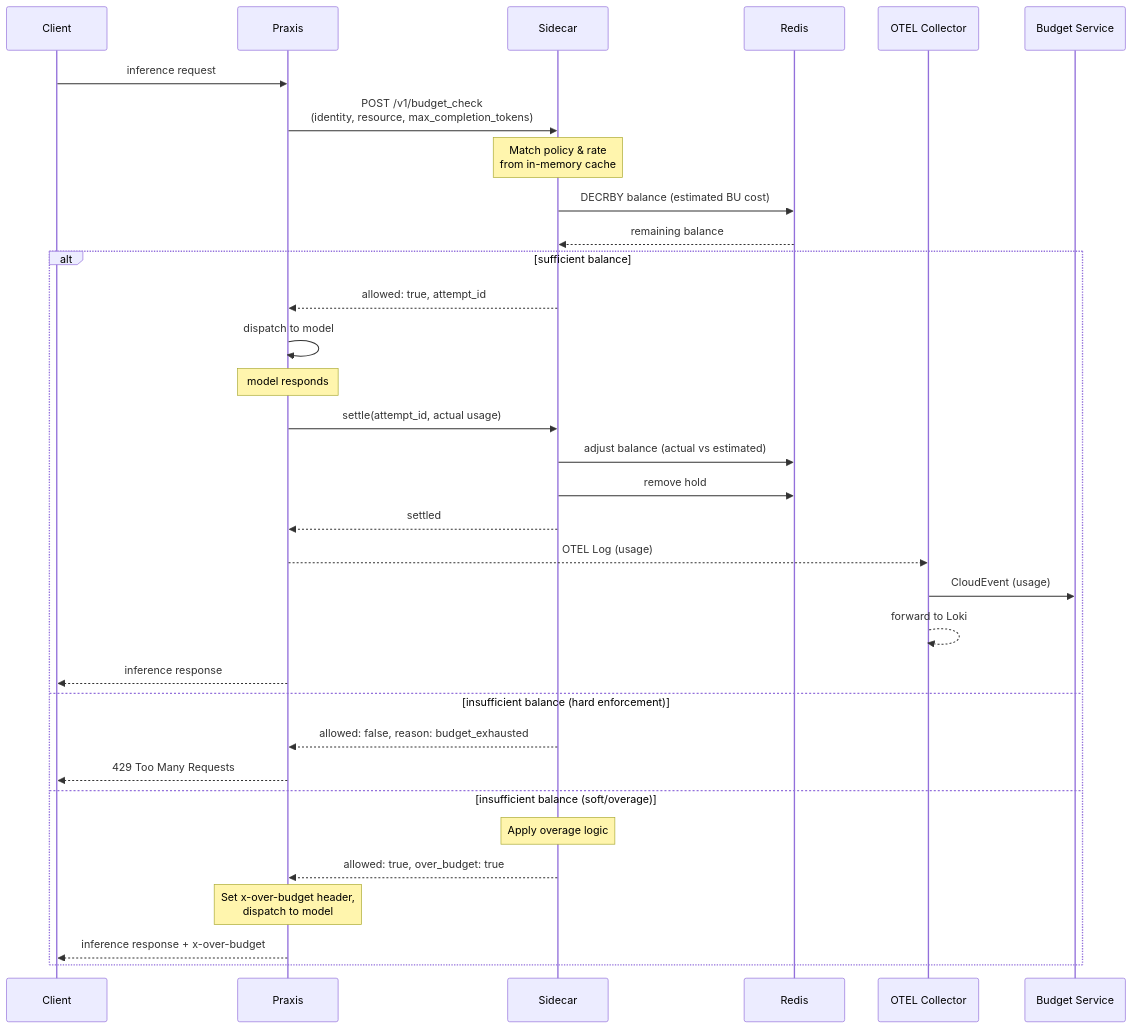
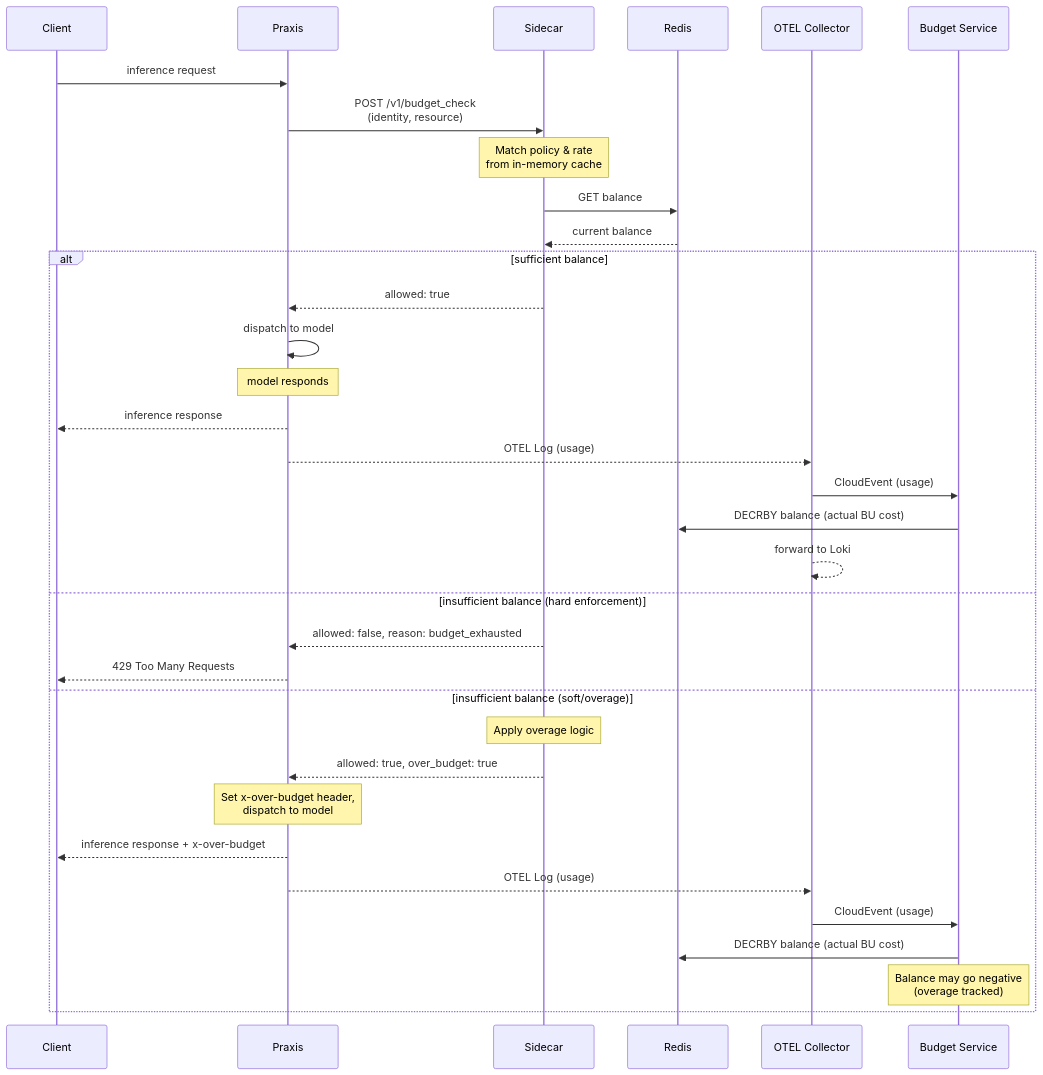
One commit to opendatahub-io/architecture-decision-records changed the second of 3 diagrams in architecture-decision-records/ai-gateway/ODH-ADR-0001-Tokenomics.md. Above: the diagram before and after it, drawn with Mermaid. The commit also changed other lines of this file, not shown here.

````diff
--- a/architecture-decision-records/ai-gateway/ODH-ADR-0001-Tokenomics.md
+++ b/architecture-decision-records/ai-gateway/ODH-ADR-0001-Tokenomics.md
@@ -100,39 +100,40 @@
 ```mermaid
 sequenceDiagram
     participant Client
     participant Praxis
     participant Sidecar
     participant Redis
     participant OTELCollector as OTEL Collector
     participant BudgetService as Budget Service
 
     Client->>Praxis: inference request
-    Praxis->>Sidecar: POST /v1/budget_check<br>(identity, resource, max_completion_tokens)
+    Praxis->>Sidecar: POST /v1/budget_check<br>(identity, resource)
 
     Note over Sidecar: Match policy & rate<br>from in-memory cache
 
-    Sidecar->>Redis: DECRBY balance (estimated BU cost)
-    Redis-->>Sidecar: remaining balance
+    Sidecar->>Redis: GET balance
+    Redis-->>Sidecar: current balance
 
     alt sufficient balance
-        Sidecar-->>Praxis: allowed: true, attempt_id
+        Sidecar-->>Praxis: allowed: true
         Praxis->>Praxis: dispatch to model
         Note over Praxis: model responds
-        Praxis->>Sidecar: settle(attempt_id, actual usage)
-        Sidecar->>Redis: adjust balance (actual vs estimated)
-        Sidecar->>Redis: remove hold
-        Sidecar-->>Praxis: settled
+        Praxis-->>Client: inference response
         Praxis-->>OTELCollector: OTEL Log (usage)
         OTELCollector->>BudgetService: CloudEvent (usage)
+        BudgetService->>Redis: DECRBY balance (actual BU cost)
         OTELCollector-->>OTELCollector: forward to Loki
-        Praxis-->>Client: inference response
     else insufficient balance (hard enforcement)
         Sidecar-->>Praxis: allowed: false, reason: budget_exhausted
         Praxis-->>Client: 429 Too Many Requests
     else insufficient balance (soft/overage)
         Note over Sidecar: Apply overage logic
         Sidecar-->>Praxis: allowed: true, over_budget: true
         Note over Praxis: Set x-over-budget header,<br>dispatch to model
         Praxis-->>Client: inference response + x-over-budget
+        Praxis-->>OTELCollector: OTEL Log (usage)
+        OTELCollector->>BudgetService: CloudEvent (usage)
+        BudgetService->>Redis: DECRBY balance (actual BU cost)
+        Note over BudgetService: Balance may go negative<br>(overage tracked)
     end
 ```
````
